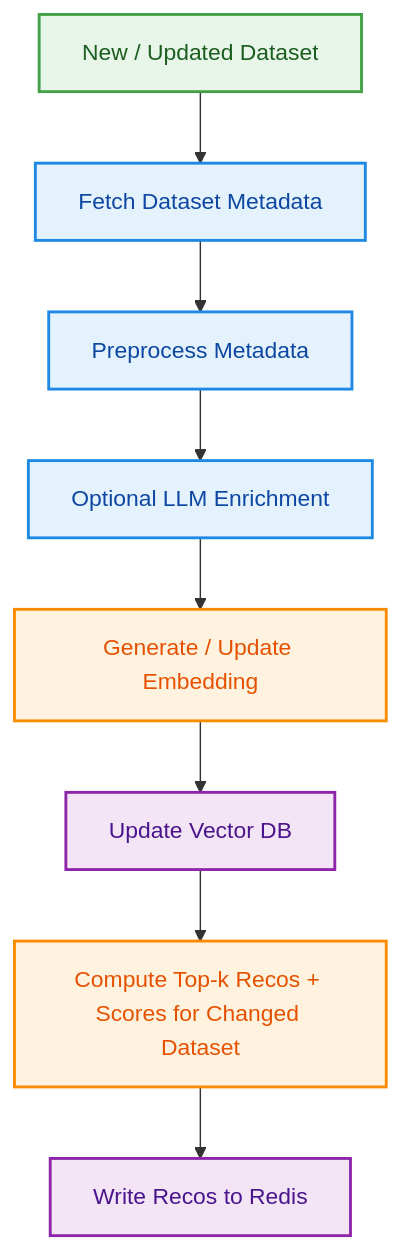
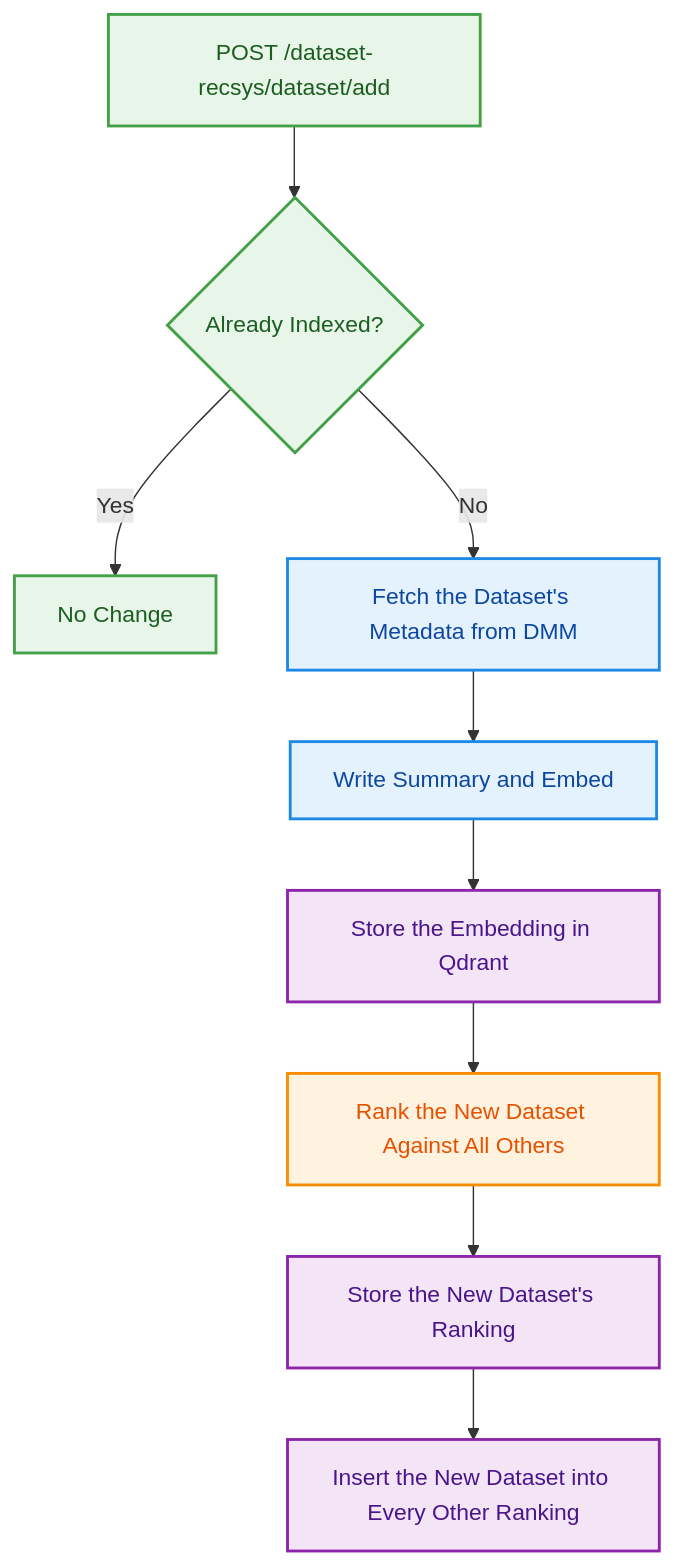
Before and after one commit to datagems-eosc/dataset-recsys: the second of 3 diagrams in docs/source/workflows.md, drawn with Mermaid. The commit also changed other lines of this file and 5 other files, not shown here.

First line of the commit message:
docs: describe the architecture, methods and workflows after the Qdrant migration

````diff
--- a/docs/source/workflows.md
+++ b/docs/source/workflows.md
@@ -38,21 +56,22 @@
 ```mermaid
 %%{init: {'flowchart': {'nodeSpacing': 22, 'rankSpacing': 22, 'curve': 'linear'}, 'themeVariables': {'fontSize': '12px', 'lineColor': '#9E9E9E', 'edgeLabelBackground':'#ffffff', 'primaryBorderColor':'#BDBDBD', 'clusterBorder':'#E0E0E0', 'lineWidth':'0\.9px'}}}%%
 flowchart TB
-    A[New / Updated Dataset] --> B[Fetch Dataset Metadata]
-    B --> C[Preprocess Metadata]
-    C --> X[Optional LLM Enrichment]
-    X --> D[Generate / Update Embedding]
-    D --> F[Update Vector DB]
-    F --> G[Compute Top-k Recos + Scores for Changed Dataset]
-    G --> H[Write Recos to Redis]
+    A["POST /dataset-recsys/dataset/add"] --> B{"Already Indexed?"}
+    B -- Yes --> Z[No Change]
+    B -- No --> C["Fetch the Dataset's Metadata from DMM"]
+    C --> D[Write Summary and Embed]
+    D --> E[Store the Embedding in Qdrant]
+    E --> F[Rank the New Dataset Against All Others]
+    F --> G["Store the New Dataset's Ranking"]
+    G --> H[Insert the New Dataset into Every Other Ranking]
 
     classDef trigger fill:#E8F5E9,stroke:#43A047,stroke-width:2px,color:#1B5E20;
     classDef prep fill:#E3F2FD,stroke:#1E88E5,stroke-width:2px,color:#0D47A1;
     classDef compute fill:#FFF3E0,stroke:#FB8C00,stroke-width:2px,color:#E65100;
     classDef storage fill:#F3E5F5,stroke:#8E24AA,stroke-width:2px,color:#4A148C;
 
-    class A trigger;
-    class B,C,X prep;
-    class D,G compute;
-    class F,H storage;
+    class A,B,Z trigger;
+    class C,D prep;
+    class F compute;
+    class E,G,H storage;
 ```
````
